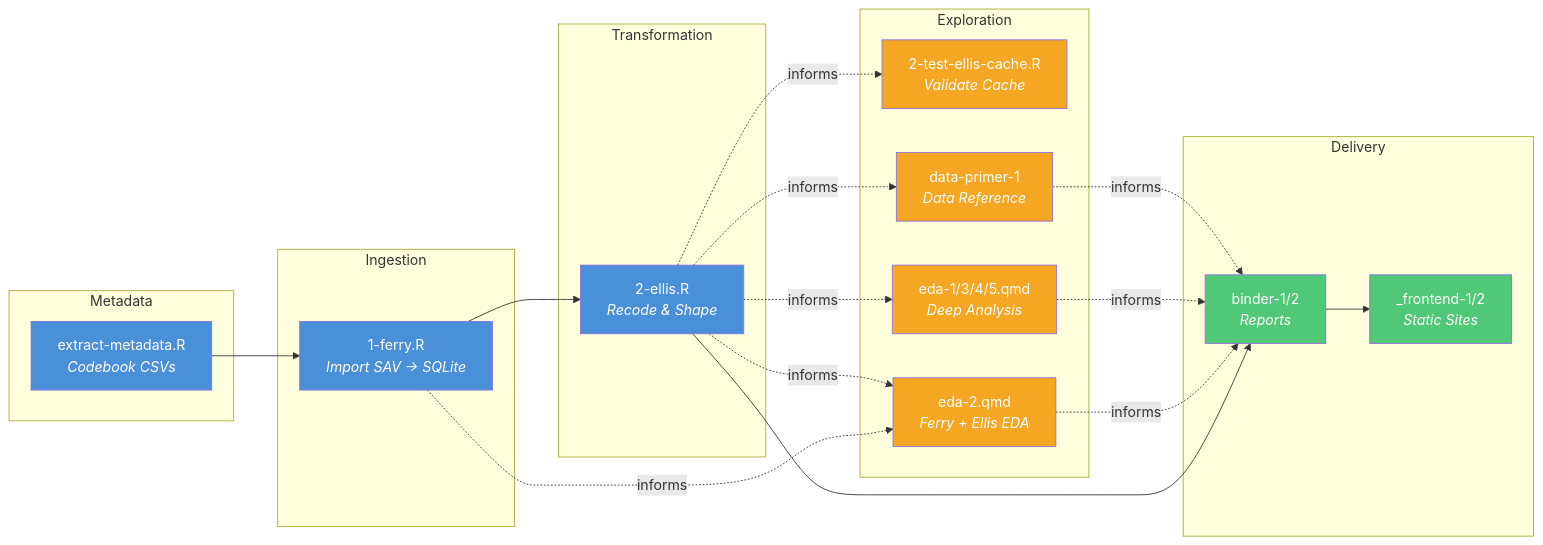
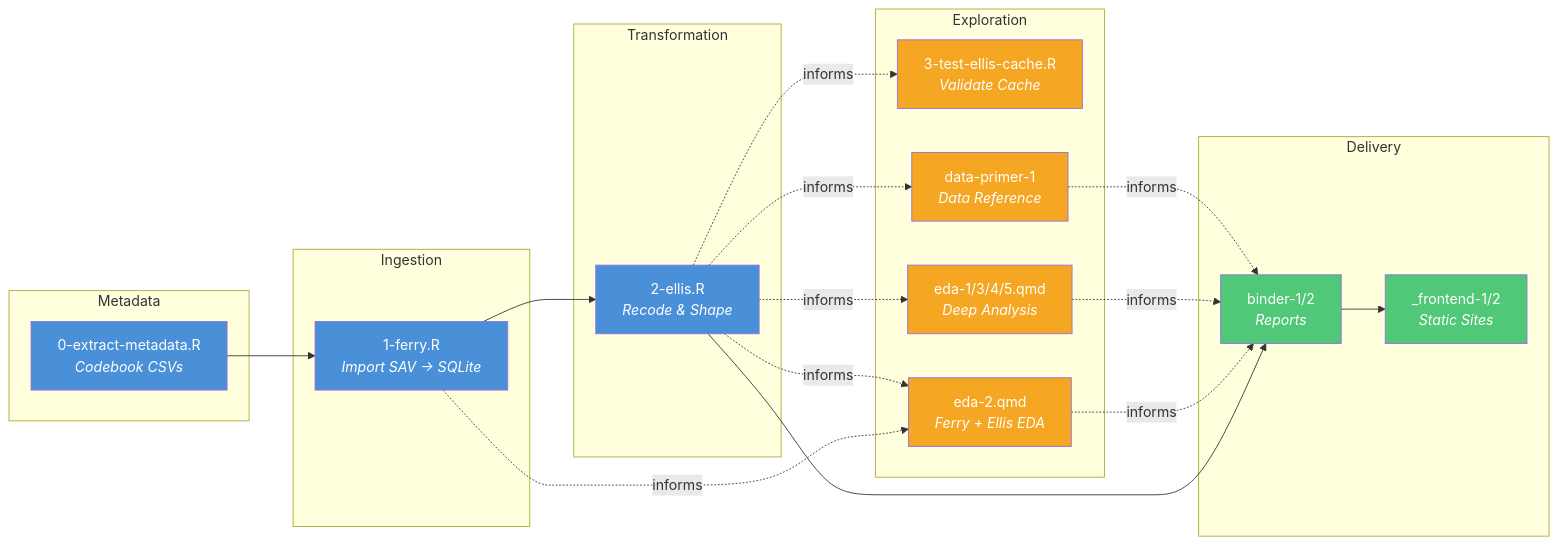
One commit to RG-FIDES/absent-from-chronic changed the diagram in manipulation/pipeline.md. Above: the diagram before and after it, drawn with Mermaid. The commit also changed other lines of this file and 15 other files, not shown here.

````diff
--- a/manipulation/pipeline.md
+++ b/manipulation/pipeline.md
@@ -300,42 +302,42 @@
 ```mermaid
 flowchart LR
     subgraph "Metadata"
-        META["extract-metadata.R<br/><i>Codebook CSVs</i>"]
+        META["0-extract-metadata.R<br/><i>Codebook CSVs</i>"]
     end
     subgraph "Ingestion"
         FERRY["1-ferry.R<br/><i>Import SAV → SQLite</i>"]
     end
     subgraph "Transformation"
         ELLIS["2-ellis.R<br/><i>Recode &amp; Shape</i>"]
     end
     subgraph "Exploration"
-        TEST["2-test-ellis-cache.R<br/><i>Validate Cache</i>"]
+        TEST["3-test-ellis-cache.R<br/><i>Validate Cache</i>"]
         EDA2["eda-2.qmd<br/><i>Ferry + Ellis EDA</i>"]
         EDA["eda-1/3/4/5.qmd<br/><i>Deep Analysis</i>"]
         PRIMER["data-primer-1<br/><i>Data Reference</i>"]
     end
     subgraph "Delivery"
         BINDER["binder-1/2<br/><i>Reports</i>"]
         SITE["_frontend-1/2<br/><i>Static Sites</i>"]
     end
 
     META --> FERRY --> ELLIS --> BINDER --> SITE
     FERRY -.->|informs| EDA2
     ELLIS -.->|informs| TEST
     ELLIS -.->|informs| EDA2
     ELLIS -.->|informs| EDA
     ELLIS -.->|informs| PRIMER
     EDA2 -.->|informs| BINDER
     EDA -.->|informs| BINDER
     PRIMER -.->|informs| BINDER
 
     style META fill:#4a90d9,color:#fff
     style FERRY fill:#4a90d9,color:#fff
     style ELLIS fill:#4a90d9,color:#fff
     style TEST fill:#f5a623,color:#fff
     style EDA2 fill:#f5a623,color:#fff
     style EDA fill:#f5a623,color:#fff
     style PRIMER fill:#f5a623,color:#fff
     style BINDER fill:#50c878,color:#fff
     style SITE fill:#50c878,color:#fff
 ```
````
